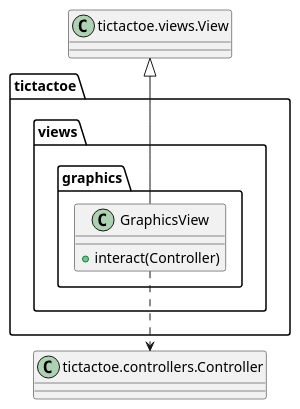
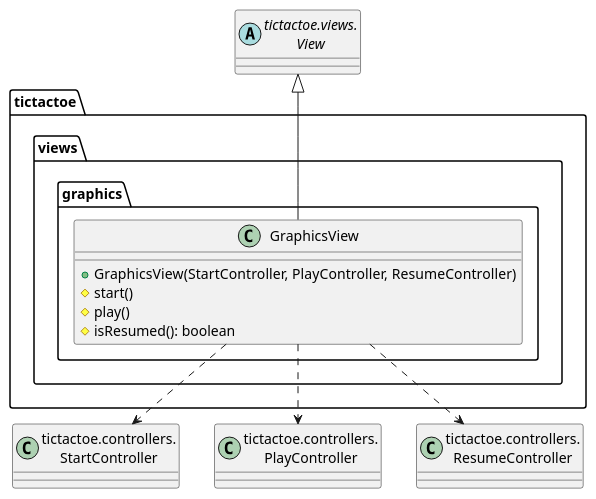
Before and after one commit to Jolucaa/USantaTecla-project-ticTacToe: the fourth of 8 diagrams in modelViewPresenter/presentationModel/basic/docs/diagrams/src/paquetes.plantuml, drawn with PlantUML. The commit also changed other lines of this file and 16 other files, not shown here.

Commit message:
[mvp.pm.basic] Fixed diagrams and changed some small things in code (refactor)

```diff
--- a/modelViewPresenter/presentationModel/basic/docs/diagrams/src/paquetes.plantuml
+++ b/modelViewPresenter/presentationModel/basic/docs/diagrams/src/paquetes.plantuml
@@ -157,11 +187,17 @@
 @startuml paqueteTicTacToeViewsGraphics
-class View as "tictactoe.views.View" {}
-class Controller as "tictactoe.controllers.Controller" {}
+class StartController as "tictactoe.controllers.\nStartController"
+class PlayController as "tictactoe.controllers.\nPlayController"
+class ResumeController as "tictactoe.controllers.\nResumeController"
+abstract class View as "tictactoe.views.\nView"
 
 class  tictactoe.views.graphics.GraphicsView{
-+ interact(Controller)
+  + GraphicsView(StartController, PlayController, ResumeController)
+  # start()
+  # play()
+  # isResumed(): boolean
 }
-
-tictactoe.views.graphics.GraphicsView ..> Controller
 View <|-down- tictactoe.views.graphics.GraphicsView
+tictactoe.views.graphics.GraphicsView .down.> StartController
+tictactoe.views.graphics.GraphicsView .down.> PlayController
+tictactoe.views.graphics.GraphicsView .down.> ResumeController
 @enduml
```
